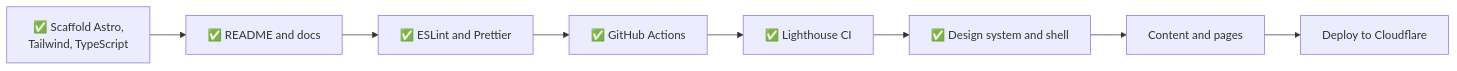
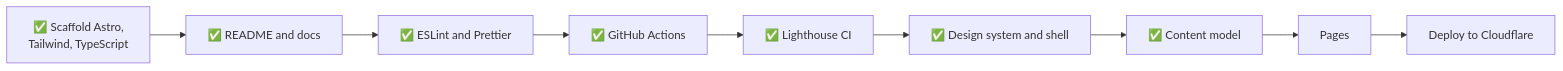
Before and after one commit to FilipRokita/filiprokita.com: the diagram in README.md, drawn with Mermaid. The commit also changed other lines of this file and 3 other files, not shown here.

````diff
--- a/README.md
+++ b/README.md
@@ -86,10 +86,11 @@
 ```mermaid
 flowchart LR
     A[✅ Scaffold Astro,<br/>Tailwind, TypeScript] --> B[✅ README and docs]
     B --> C[✅ ESLint and Prettier]
     C --> D[✅ GitHub Actions]
     D --> E[✅ Lighthouse CI]
     E --> F[✅ Design system and shell]
-    F --> G[Content and pages]
+    F --> M[✅ Content model]
+    M --> G[Pages]
     G --> H[Deploy to Cloudflare]
 ```
````
